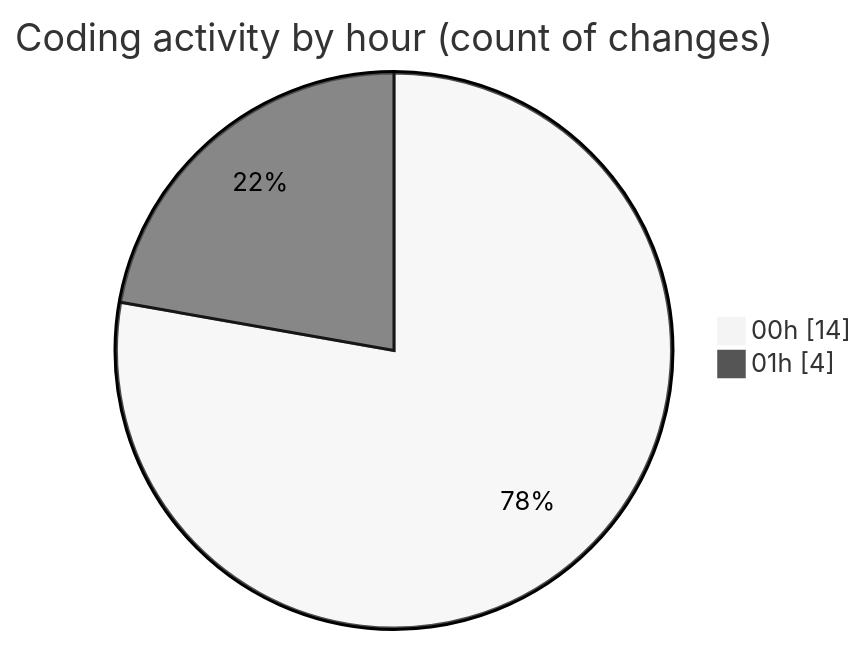
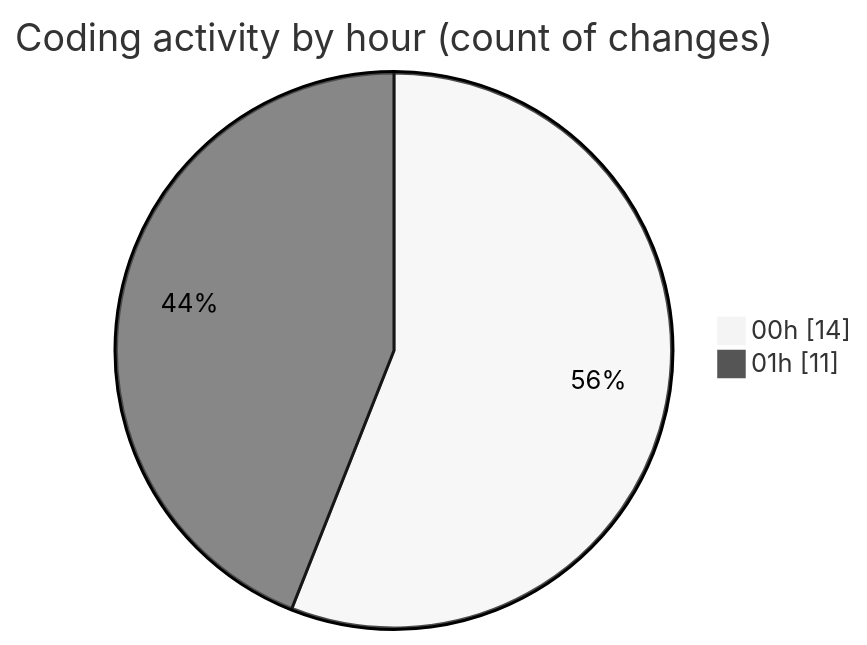
Before and after one commit to idhammustaqopulfikri/code-tracking: the second of 2 diagrams in 2025-06-23/studio-backend/README.md, drawn with Mermaid (neutral theme). The commit also changed other lines of this file and 1 other file, not shown here.

````diff
--- a/2025-06-23/studio-backend/README.md
+++ b/2025-06-23/studio-backend/README.md
@@ -29,6 +29,6 @@
 ```mermaid
 pie showData
 title Coding activity by hour (count of changes)
 "00h" : 14
-"01h" : 4
+"01h" : 11
 ```
````
